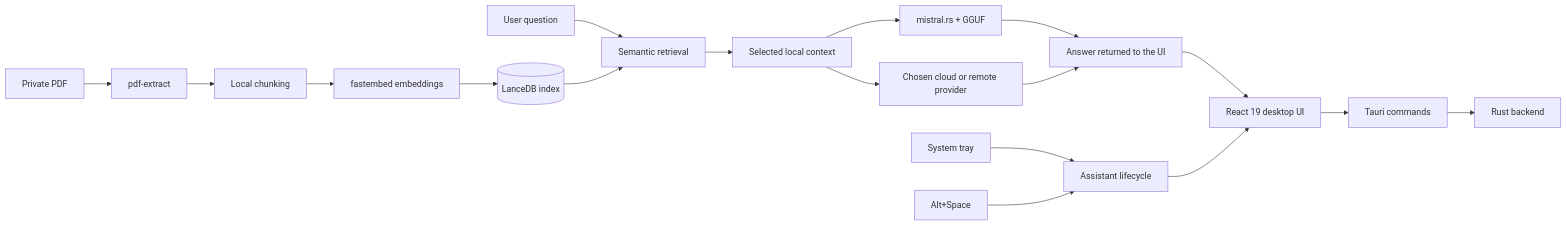
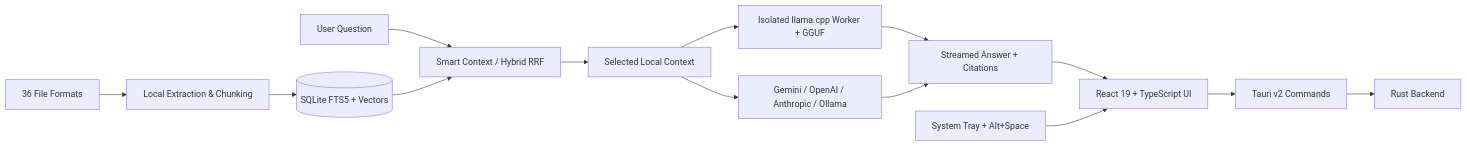
The diagram in README.md (Waqar-743/DocuSage), drawn with Mermaid before and after one commit. The commit also changed other lines of this file and 1 other file, not shown here.

````diff
--- a/README.md
+++ b/README.md
@@ -65,23 +107,19 @@
 ```mermaid
 flowchart LR
-    UI[React 19 desktop UI] --> CMD[Tauri commands]
-    CMD --> RUST[Rust backend]
+    UI[React 19 + TypeScript UI] --> CMD[Tauri v2 Commands]
+    CMD --> RUST[Rust Backend]
 
-    PDF[Private PDF] --> PARSE[pdf-extract]
-    PARSE --> CHUNK[Local chunking]
-    CHUNK --> EMBED[fastembed embeddings]
-    EMBED --> DB[(LanceDB index)]
-    QUESTION[User question] --> SEARCH[Semantic retrieval]
+    DOC[36 File Formats] --> PARSE[Local Extraction & Chunking]
+    PARSE --> DB[(SQLite FTS5 + Vectors)]
+    QUESTION[User Question] --> SEARCH[Smart Context / Hybrid RRF]
     DB --> SEARCH
-    SEARCH --> CONTEXT[Selected local context]
+    SEARCH --> CONTEXT[Selected Local Context]
 
-    CONTEXT --> LOCAL[mistral.rs + GGUF]
-    CONTEXT --> REMOTE[Chosen cloud or remote provider]
-    LOCAL --> STREAM[Answer returned to the UI]
+    CONTEXT --> LOCAL[Isolated llama.cpp Worker + GGUF]
+    CONTEXT --> REMOTE[Gemini / OpenAI / Anthropic / Ollama]
+    LOCAL --> STREAM[Streamed Answer + Citations]
     REMOTE --> STREAM
     STREAM --> UI
 
-    TRAY[System tray] --> LIFE[Assistant lifecycle]
-    HOTKEY[Alt+Space] --> LIFE
-    LIFE --> UI
+    TRAY[System Tray + Alt+Space] --> UI
 ```
````
